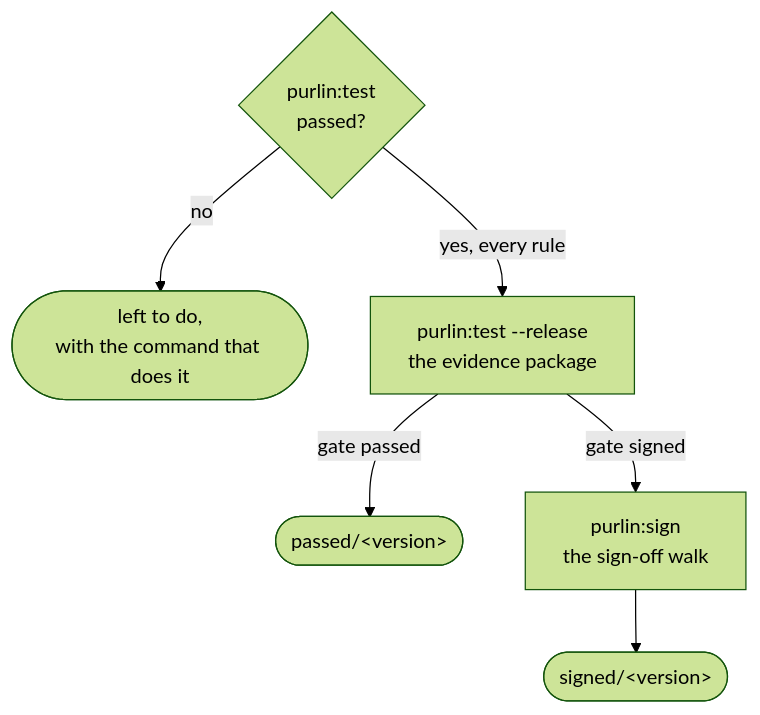
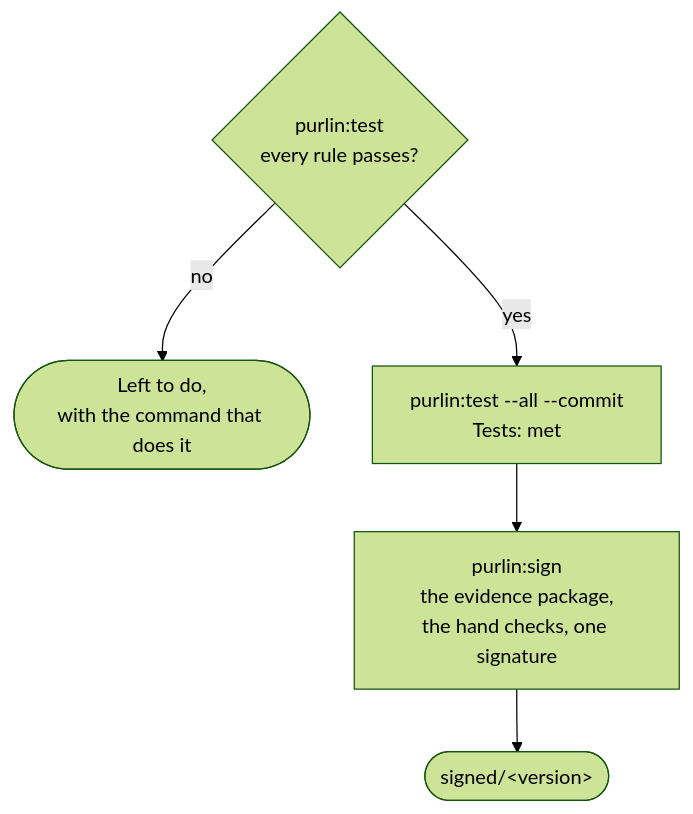
One commit to rlabarca/purlin changed the diagram in docs/how-purlin-works.md. Above: the diagram before and after it, drawn with Mermaid (forest theme). The commit also changed other lines of this file and 16 other files, not shown here.

First line of the commit message:
docs: the ten pages decision 109 lists, for the two facts, the sign-off and the audit (decisions 100 to 117)

````diff
--- a/docs/how-purlin-works.md
+++ b/docs/how-purlin-works.md
@@ -12,14 +25,12 @@
 ```mermaid
 flowchart TD
-    T{"purlin:test<br>passed?"}
-    L(["left to do,<br>with the command that does it"])
-    R["purlin:test --release<br>the evidence package"]
-    P(["passed/#lt;version#gt;"])
-    S["purlin:sign<br>the sign-off walk"]
+    T{"purlin:test<br>every rule passes?"}
+    L(["Left to do,<br>with the command that does it"])
+    C["purlin:test --all --commit<br>Tests: met"]
+    S["purlin:sign<br>the evidence package,<br>the hand checks, one signature"]
     G(["signed/#lt;version#gt;"])
     T -->|no| L
-    T -->|"yes, every rule"| R
-    R -->|"gate passed"| P
-    R -->|"gate signed"| S
+    T -->|yes| C
+    C --> S
     S --> G
 ```
````
